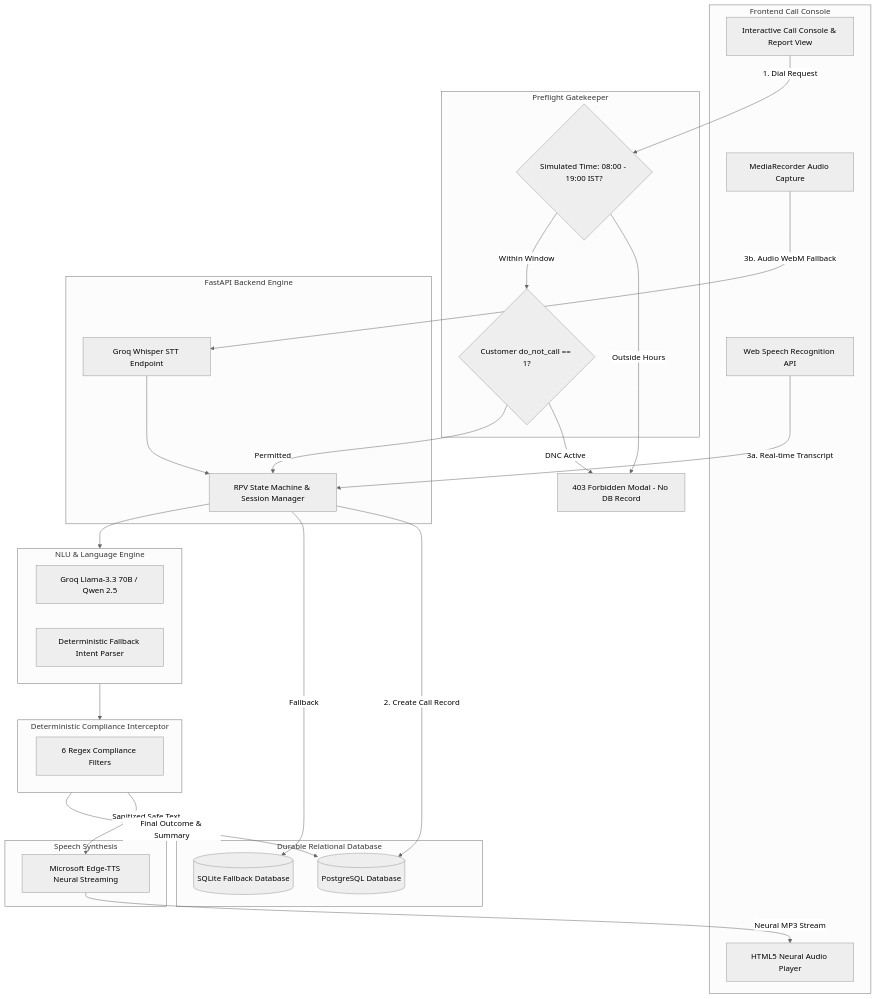
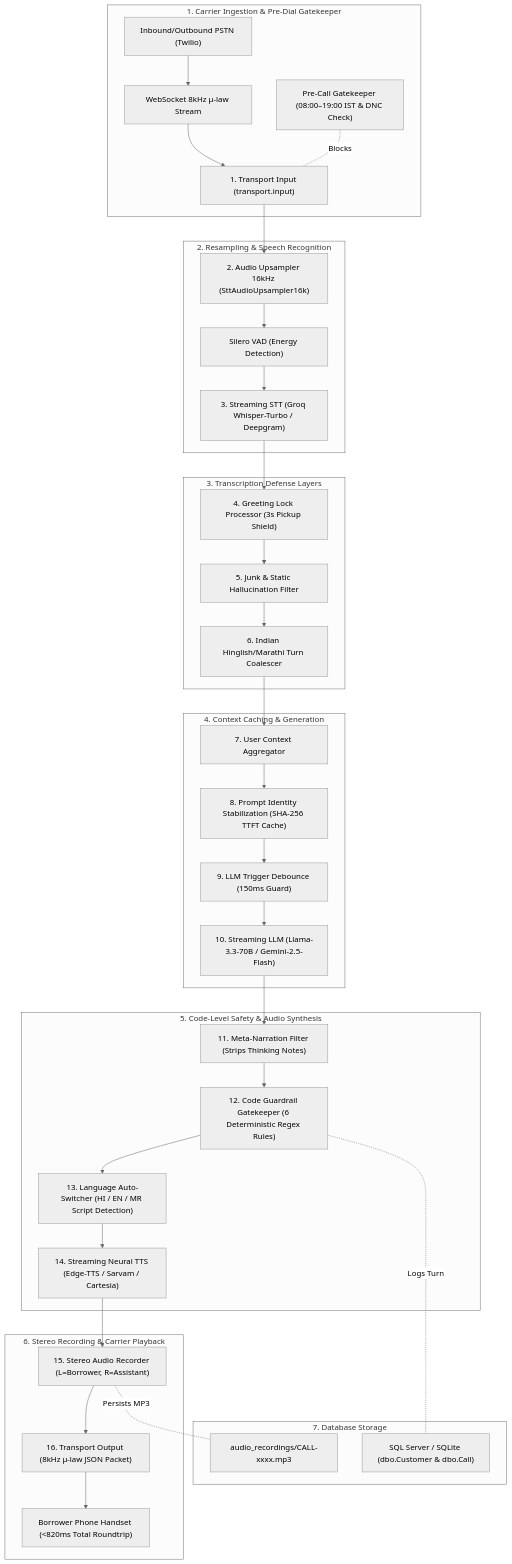
Before and after one commit to HIMpcgithub3000/Shahfin: the diagram in README.md, drawn with Mermaid (neutral theme). The commit also changed other lines of this file and 4 other files, not shown here.

Commit message:
Add Docker containerization, Docker Compose, universal execution support, and update README with recent pipeline & telephony architecture

````diff
--- a/README.md
+++ b/README.md
@@ -43,56 +129,45 @@
 ```mermaid
 flowchart TD
-    subgraph Client["Frontend Call Console"]
-        UI["Interactive Call Console & Report View"]
-        STT_Browser["Web Speech Recognition API"]
-        AudioRec["MediaRecorder Audio Capture"]
-        AudioPlayer["HTML5 Neural Audio Player"]
+    subgraph CarrierIngest ["1. Carrier Ingestion & Pre-Dial Gatekeeper"]
+        PSTN["Inbound/Outbound PSTN (Twilio)"] --> WSS["WebSocket 8kHz μ-law Stream"]
+        WSS --> D1["1. Transport Input (transport.input)"]
+        PreGate["Pre-Call Gatekeeper (08:00–19:00 IST & DNC Check)"] -. Blocks .- D1
     end
 
-    subgraph Preflight["Preflight Gatekeeper"]
-        TimeCheck{"Simulated Time: 08:00 - 19:00 IST?"}
-        DNCCheck{"Customer do_not_call == 1?"}
+    subgraph AudioSTT ["2. Resampling & Speech Recognition"]
+        D1 --> D2["2. Audio Upsampler 16kHz (SttAudioUpsampler16k)"]
+        D2 --> VAD["Silero VAD (Energy Detection)"]
+        VAD --> D3["3. Streaming STT (Groq Whisper-Turbo / Deepgram)"]
     end
 
-    subgraph BackendEngine["FastAPI Backend Engine"]
-        StateRouter["RPV State Machine & Session Manager"]
-        WhisperFallback["Groq Whisper STT Endpoint"]
+    subgraph TranscriptionHygiene ["3. Transcription Defense Layers"]
+        D3 --> D4["4. Greeting Lock Processor (3s Pickup Shield)"]
+        D4 --> D5["5. Junk & Static Hallucination Filter"]
+        D5 --> D6["6. Indian Hinglish/Marathi Turn Coalescer"]
     end
 
-    subgraph Intelligence["NLU & Language Engine"]
-        LLM_Engine["Groq Llama-3.3 70B / Qwen 2.5"]
-        RuleEngine["Deterministic Fallback Intent Parser"]
+    subgraph LLMContext ["4. Context Caching & Generation"]
+        D6 --> D7["7. User Context Aggregator"]
+        D7 --> D8["8. Prompt Identity Stabilization (SHA-256 TTFT Cache)"]
+        D8 --> D9["9. LLM Trigger Debounce (150ms Guard)"]
+        D9 --> D10["10. Streaming LLM (Llama-3.3-70B / Gemini-2.5-Flash)"]
     end
 
-    subgraph Safety["Deterministic Compliance Interceptor"]
-        Guardrails["6 Regex Compliance Filters"]
+    subgraph ComplianceTTS ["5. Code-Level Safety & Audio Synthesis"]
+        D10 --> D11["11. Meta-Narration Filter (Strips Thinking Notes)"]
+        D11 --> D12["12. Code Guardrail Gatekeeper (6 Deterministic Regex Rules)"]
+        D12 --> D13["13. Language Auto-Switcher (HI / EN / MR Script Detection)"]
+        D13 --> D14["14. Streaming Neural TTS (Edge-TTS / Sarvam / Cartesia)"]
     end
 
-    subgraph AudioSynth["Speech Synthesis"]
-        EdgeTTS["Microsoft Edge-TTS Neural Streaming"]
+    subgraph OutputAudio ["6. Stereo Recording & Carrier Playback"]
+        D14 --> D15["15. Stereo Audio Recorder (L=Borrower, R=Assistant)"]
+        D15 --> D16["16. Transport Output (8kHz μ-law JSON Packet)"]
+        D16 --> Phone["Borrower Phone Handset (<820ms Total Roundtrip)"]
     end
 
-    subgraph Database["Durable Relational Database"]
-        PG[("PostgreSQL Database")]
-        SQLite[("SQLite Fallback Database")]
+    subgraph Persistence ["7. Database Storage"]
+        D15 -. Persists MP3 .- Storage["audio_recordings/CALL-xxxx.mp3"]
+        D12 -. Logs Turn .- SQL["SQL Server / SQLite (dbo.Customer & dbo.Call)"]
     end
-
-    UI -->|"1. Dial Request"| TimeCheck
-    TimeCheck -->|"Outside Hours"| Refused["403 Forbidden Modal - No DB Record"]
-    TimeCheck -->|"Within Window"| DNCCheck
-    DNCCheck -->|"DNC Active"| Refused
-    DNCCheck -->|"Permitted"| StateRouter
-
-    StateRouter -->|"2. Create Call Record"| PG
-    StateRouter -->|"Fallback"| SQLite
-
-    STT_Browser -->|"3a. Real-time Transcript"| StateRouter
-    AudioRec -->|"3b. Audio WebM Fallback"| WhisperFallback
-    WhisperFallback --> StateRouter
-
-    StateRouter --> Intelligence
-    Intelligence --> Safety
-    Safety -->|"Sanitized Safe Text"| EdgeTTS
-    EdgeTTS -->|"Neural MP3 Stream"| AudioPlayer
-    Safety -->|"Final Outcome & Summary"| PG
 ```
````
